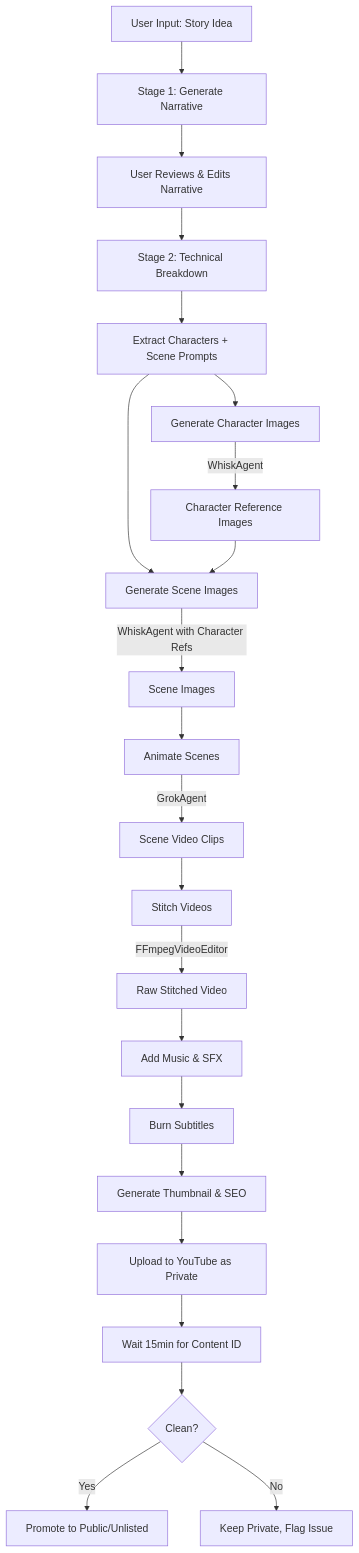
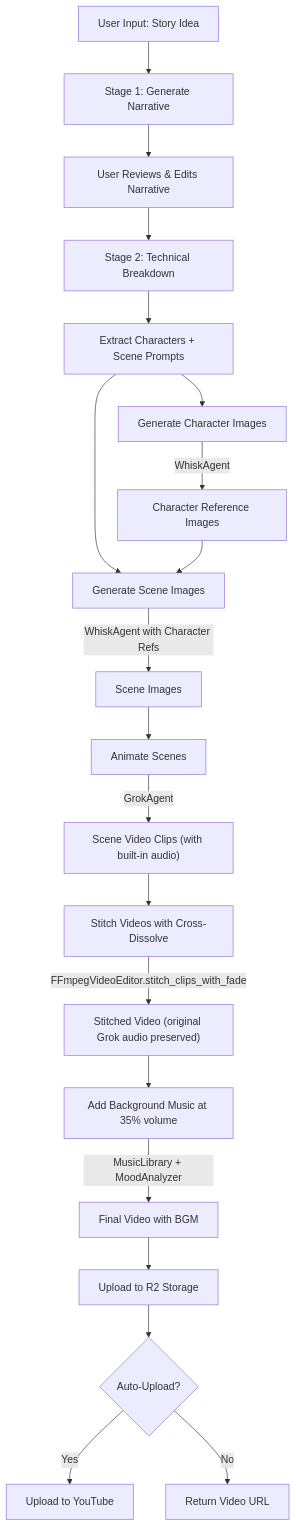
One commit to asadmehboob174/yt-automation changed the diagram in documentation.md. Above: the diagram before and after it, drawn with Mermaid. The commit also changed other lines of this file and 8 other files, not shown here.

````diff
--- a/documentation.md
+++ b/documentation.md
@@ -186,30 +214,28 @@
 ```mermaid
 graph TD
     A[User Input: Story Idea] --> B[Stage 1: Generate Narrative]
     B --> C[User Reviews & Edits Narrative]
     C --> D[Stage 2: Technical Breakdown]
     D --> E[Extract Characters + Scene Prompts]
     
     E --> F[Generate Character Images]
     F -->|WhiskAgent| G[Character Reference Images]
     
     E --> H[Generate Scene Images]
     G --> H
     H -->|WhiskAgent with Character Refs| I[Scene Images]
     
     I --> J[Animate Scenes]
-    J -->|GrokAgent| K[Scene Video Clips]
+    J -->|GrokAgent| K["Scene Video Clips (with built-in audio)"]
     
-    K --> L[Stitch Videos]
-    L -->|FFmpegVideoEditor| M[Raw Stitched Video]
+    K --> L[Stitch Videos with Cross-Dissolve]
+    L -->|FFmpegVideoEditor.stitch_clips_with_fade| M["Stitched Video (original Grok audio preserved)"]
     
-    M --> N[Add Music & SFX]
-    N --> O[Burn Subtitles]
-    O --> P[Generate Thumbnail & SEO]
+    M --> N[Add Background Music at 35% volume]
+    N -->|MusicLibrary + MoodAnalyzer| O[Final Video with BGM]
     
-    P --> Q[Upload to YouTube as Private]
-    Q --> R[Wait 15min for Content ID]
-    R --> S{Clean?}
-    S -->|Yes| T[Promote to Public/Unlisted]
-    S -->|No| U[Keep Private, Flag Issue]
+    O --> P[Upload to R2 Storage]
+    P --> Q{Auto-Upload?}
+    Q -->|Yes| R[Upload to YouTube]
+    Q -->|No| S[Return Video URL]
 ```
````
